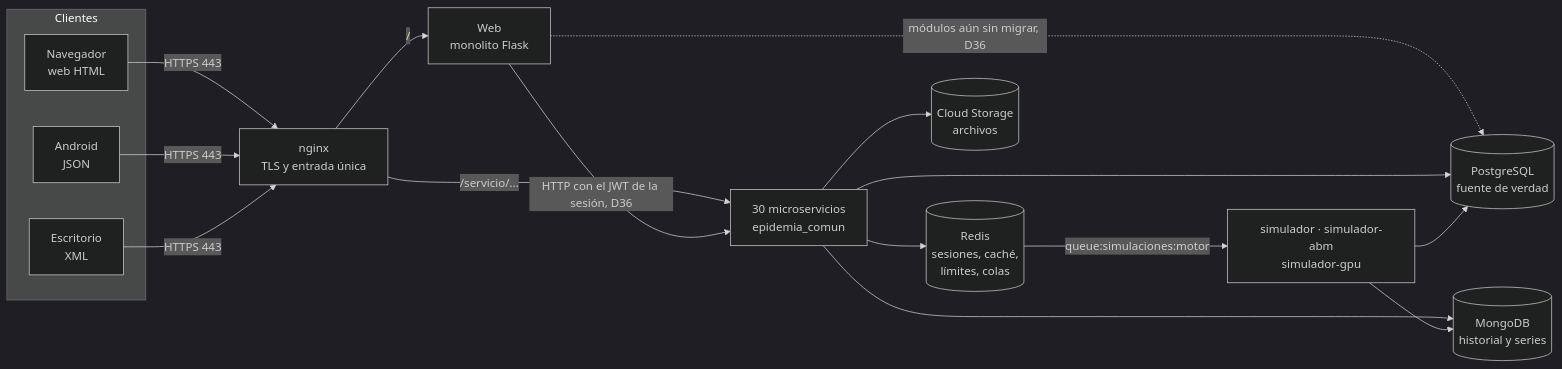
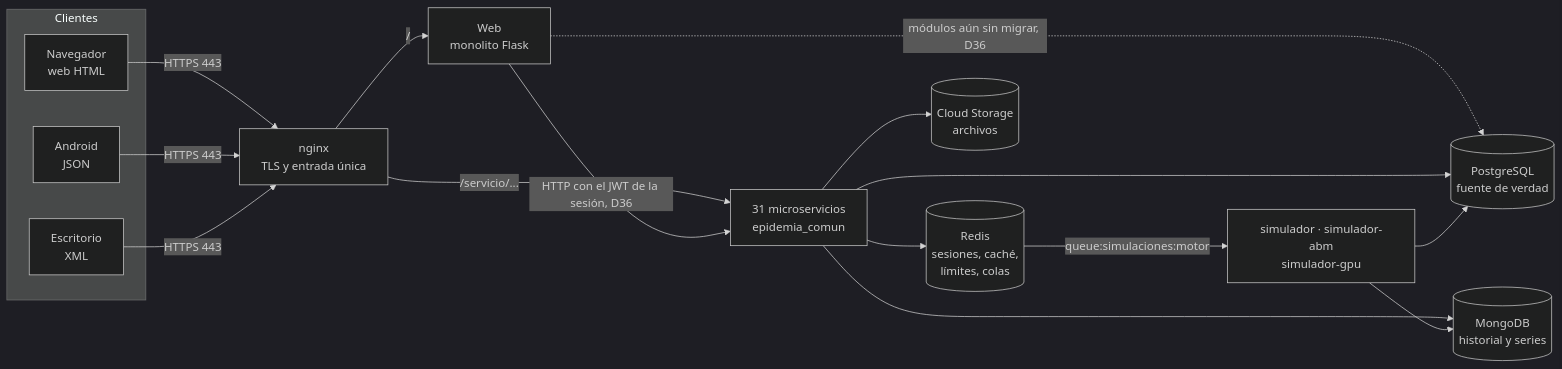
The first of 2 diagrams in docs/arquitectura/arquitectura_v3.md (jonaxCA/A-D-M-Simulator), drawn with Mermaid (dark theme) before and after one commit. The commit also changed other lines of this file and 84 other files, not shown here.

````diff
--- a/docs/arquitectura/arquitectura_v3.md
+++ b/docs/arquitectura/arquitectura_v3.md
@@ -48,20 +48,20 @@
 ```mermaid
 flowchart LR
     subgraph Clientes
         NAV[Navegador<br/>web HTML]
         MOV[Android<br/>JSON]
         ESC[Escritorio<br/>XML]
     end
     NAV & MOV & ESC -->|HTTPS 443| NG[nginx<br/>TLS y entrada única]
     NG -->|/| WEB[Web<br/>monolito Flask]
-    NG -->|/servicio/...| MS[30 microservicios<br/>epidemia_comun]
+    NG -->|/servicio/...| MS[31 microservicios<br/>epidemia_comun]
     WEB -->|HTTP con el JWT de la sesión, D36| MS
     WEB -.->|módulos aún sin migrar, D36| PG
     MS --> PG[(PostgreSQL<br/>fuente de verdad)]
     MS --> RD[(Redis<br/>sesiones, caché,<br/>límites, colas)]
     MS --> MG[(MongoDB<br/>historial y series)]
     MS --> GCS[(Cloud Storage<br/>archivos)]
     RD -->|queue:simulaciones:motor| SIM[simulador · simulador-abm<br/>simulador-gpu]
     SIM --> PG
     SIM --> MG
 ```
````
